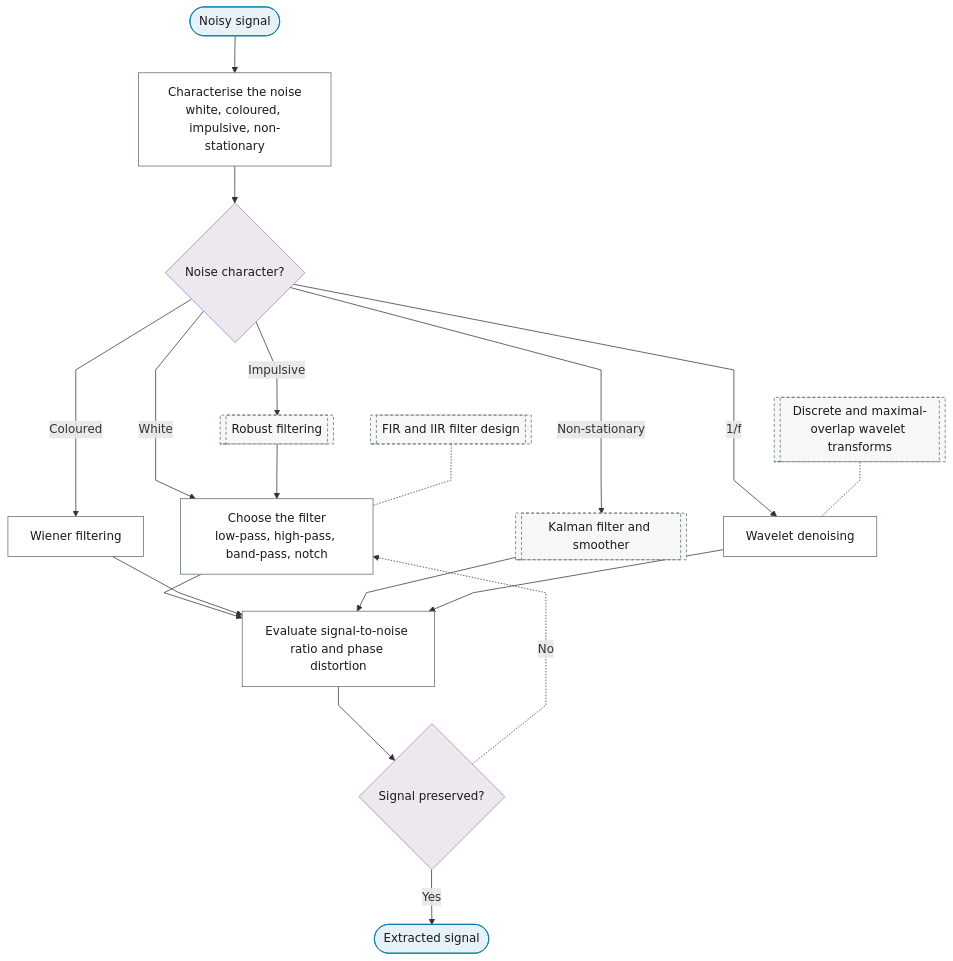
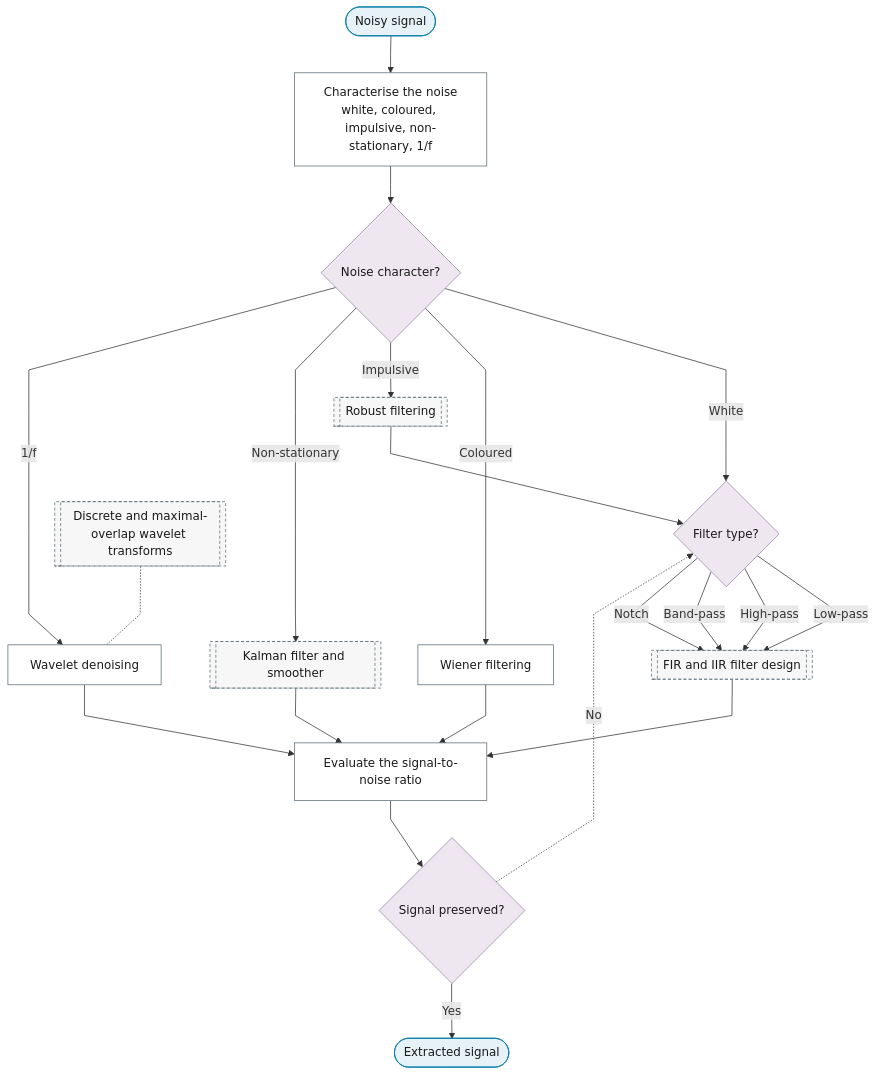
One commit to Shuxin-Y/time-series-analysis-manual changed the diagram in docs/01-workflow/p02-purpose/03-signal-extraction.md. Above: the diagram before and after it, drawn with Mermaid. The commit also changed 27 other files, not shown here.

First line of the commit message:
fix(flowchart): one method, one leaf

````diff
--- a/docs/01-workflow/p02-purpose/03-signal-extraction.md
+++ b/docs/01-workflow/p02-purpose/03-signal-extraction.md
@@ -7,30 +7,33 @@
 ```mermaid
 %%{init: {"flowchart": {"curve": "linear"}}}%%
 graph TD
-    P2_SE_IN(["Noisy signal"]) --> P2_SE_NOISE_TYPE["Characterise the noise<br/>white, coloured, impulsive, non-stationary"]
+    P2_SE_IN(["Noisy signal"]) --> P2_SE_NOISE_TYPE["Characterise the noise<br/>white, coloured, impulsive, non-stationary, 1/f"]
     P2_SE_NOISE_TYPE --> P2_SE_NOISE_Q{"Noise character?"}
-    P2_SE_NOISE_Q -->|"White"| P2_SE_FILTER_DESIGN
+    P2_SE_NOISE_Q -->|"White"| P2_SE_FILTER_Q
     P2_SE_NOISE_Q -->|"Coloured"| P2_SE_WIENER["Wiener filtering"]
     P2_SE_NOISE_Q -->|"Impulsive"| P0_ROBUST_FILTER[["Robust filtering"]]
     P2_SE_NOISE_Q -->|"Non-stationary"| P8_KALMAN[["Kalman filter and smoother"]]
     P2_SE_NOISE_Q -->|"1/f"| P2_SE_WAVELET_DENOISING["Wavelet denoising"]
-    P0_ROBUST_FILTER --> P2_SE_FILTER_DESIGN["Choose the filter<br/>low-pass, high-pass, band-pass, notch"]
-    P2_SE_FILTER_DESIGN & P2_SE_WIENER & P8_KALMAN & P2_SE_WAVELET_DENOISING --> P2_SE_SNR["Evaluate signal-to-noise ratio and phase distortion"]
+    P0_ROBUST_FILTER --> P2_SE_FILTER_Q{"Filter type?"}
+    P2_SE_FILTER_Q -->|"Low-pass"| P5_FD_FILTERS[["FIR and IIR filter design"]]
+    P2_SE_FILTER_Q -->|"High-pass"| P5_FD_FILTERS
+    P2_SE_FILTER_Q -->|"Band-pass"| P5_FD_FILTERS
+    P2_SE_FILTER_Q -->|"Notch"| P5_FD_FILTERS
+    P5_FD_FILTERS & P2_SE_WIENER & P8_KALMAN & P2_SE_WAVELET_DENOISING --> P2_SE_SNR["Evaluate the signal-to-noise ratio"]
     P2_SE_SNR --> P2_SE_OK{"Signal preserved?"}
-    P2_SE_OK -.->|"No"| P2_SE_FILTER_DESIGN
+    P2_SE_OK -.->|"No"| P2_SE_FILTER_Q
     P2_SE_OK -->|"Yes"| P2_SE_OUT(["Extracted signal"])
-    P5_FD_FILTERS[["FIR and IIR filter design"]] -.- P2_SE_FILTER_DESIGN
     P5_TF_DWT[["Discrete and maximal-overlap wavelet transforms"]] -.- P2_SE_WAVELET_DENOISING
     class P2_SE_IN,P2_SE_OUT terminator
-    class P2_SE_NOISE_Q,P2_SE_OK decision
-    class P2_SE_NOISE_TYPE,P2_SE_WIENER,P2_SE_WAVELET_DENOISING,P2_SE_FILTER_DESIGN,P2_SE_SNR process
+    class P2_SE_NOISE_Q,P2_SE_FILTER_Q,P2_SE_OK decision
+    class P2_SE_NOISE_TYPE,P2_SE_WIENER,P2_SE_WAVELET_DENOISING,P2_SE_SNR process
     class P0_ROBUST_FILTER,P8_KALMAN,P5_FD_FILTERS,P5_TF_DWT ref
     classDef terminator fill:#E6F2F7,stroke:#007BA7,color:#1A1A1A;
     classDef process fill:#FFFFFF,stroke:#5A6B73,color:#1A1A1A;
     classDef decision fill:#EFE7F0,stroke:#9B7FA7,color:#1A1A1A;
     classDef data fill:#FFF4E0,stroke:#C9A55E,color:#1A1A1A;
     classDef good fill:#DCEFD8,stroke:#4A7A3F,color:#1A1A1A;
     classDef escalate fill:#FFE9C2,stroke:#C9A55E,color:#1A1A1A;
     classDef problem fill:#F2D9DE,stroke:#800020,color:#1A1A1A;
     classDef ref fill:#F7F7F7,stroke:#5A6B73,color:#1A1A1A,stroke-dasharray:4 3;
 ```
````
